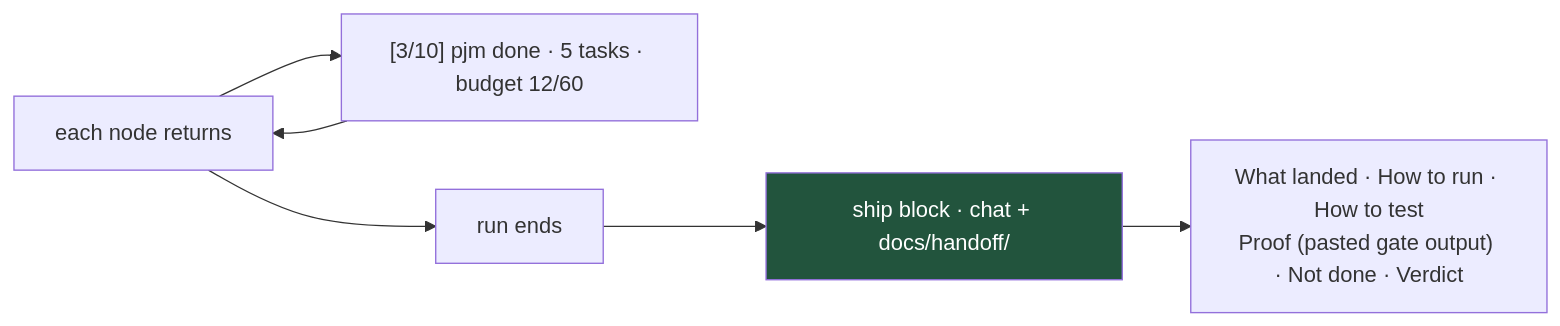
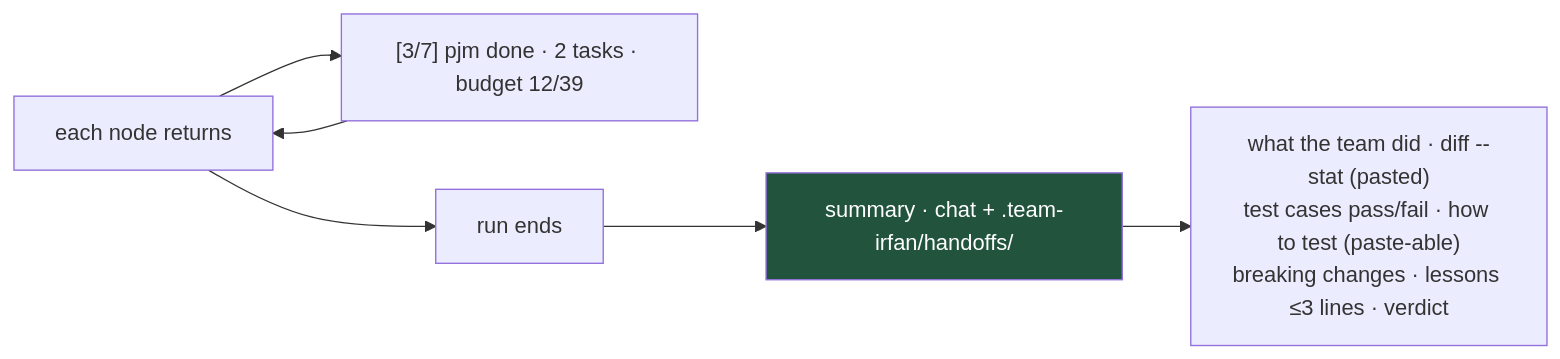
One commit to irfanguvian/team-irfan changed the sixth of 8 diagrams in docs/workflow.md. Above: the diagram before and after it, drawn with Mermaid. The commit also changed other lines of this file and 10 other files, not shown here.

First line of the commit message:
docs: README + workflow.md for the 7-step FULL flow; qa rename sweep; plugin v3.0.0

````diff
--- a/docs/workflow.md
+++ b/docs/workflow.md
@@ -228,10 +231,10 @@
 ```mermaid
 flowchart LR
-    N["each node returns"] --> P["[3/10] pjm done · 5 tasks · budget 12/60"]
+    N["each node returns"] --> P["[3/7] pjm done · 2 tasks · budget 12/39"]
     P --> N
     N --> FIN["run ends"]
-    FIN --> SB["ship block · chat + docs/handoff/"]
-    SB --> D["What landed · How to run · How to test<br/>Proof (pasted gate output) · Not done · Verdict"]
+    FIN --> SB["summary · chat + .team-irfan/handoffs/"]
+    SB --> D["what the team did · diff --stat (pasted)<br/>test cases pass/fail · how to test (paste-able)<br/>breaking changes · lessons ≤3 lines · verdict"]
 
     style SB fill:#22543d,color:#fff
 ```
````
